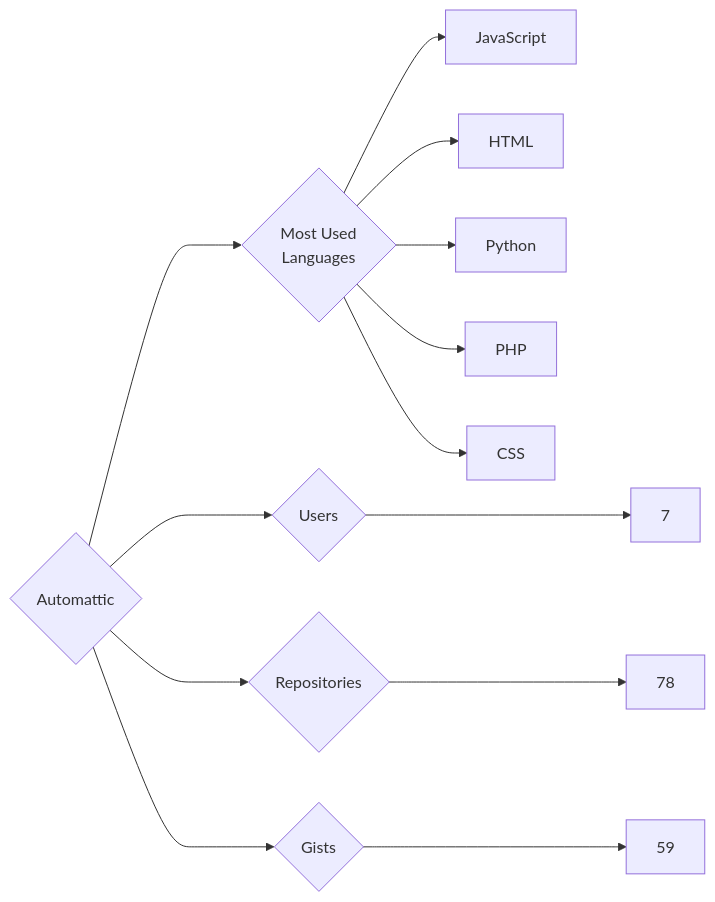
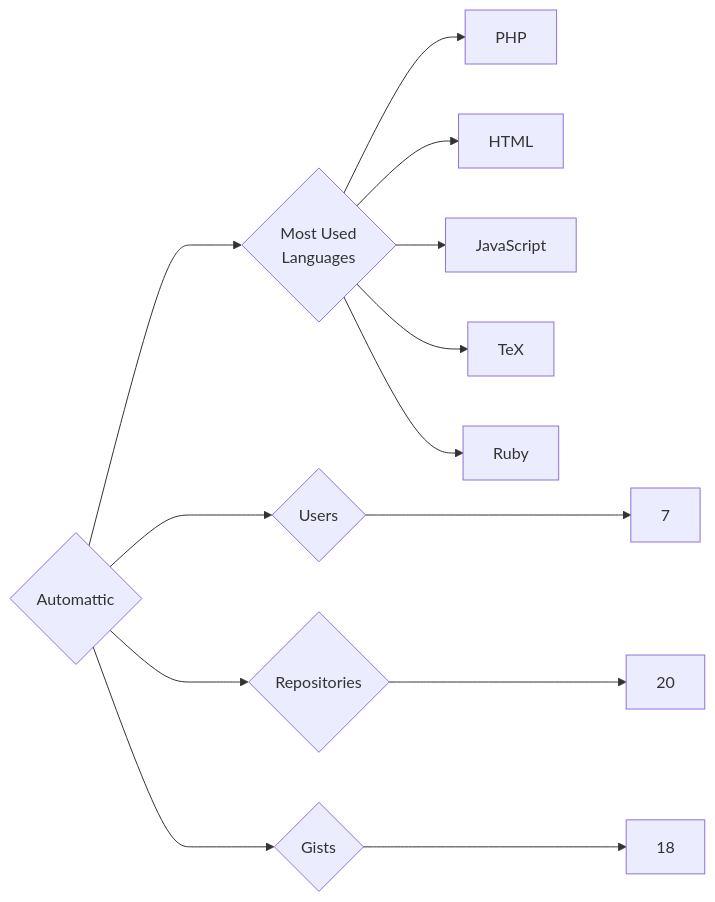
Before and after one commit to trickest/insiders: the diagram in targets/Automattic/README.md, drawn with Mermaid. The commit also changed 1167 other files, not shown here.

````diff
--- a/targets/Automattic/README.md
+++ b/targets/Automattic/README.md
@@ -3,13 +3,13 @@
 ```mermaid
 graph LR
 COMPANY_NAME{Automattic}
 COMPANY_NAME ---> U{Users} ---> UN[7]
-COMPANY_NAME ---> R{Repositories} ---> RN[78]
-COMPANY_NAME ---> G{Gists} ---> GN[59]
+COMPANY_NAME ---> R{Repositories} ---> RN[20]
+COMPANY_NAME ---> G{Gists} ---> GN[18]
 COMPANY_NAME ---> ML{Most Used<br>Languages}
+ML --> PHP[PHP]
+ML --> HTML[HTML]
 ML --> JavaScript[JavaScript]
-ML --> HTML[HTML]
-ML --> Python[Python]
-ML --> PHP[PHP]
-ML --> CSS[CSS]
+ML --> TeX[TeX]
+ML --> Ruby[Ruby]
 ```
````
